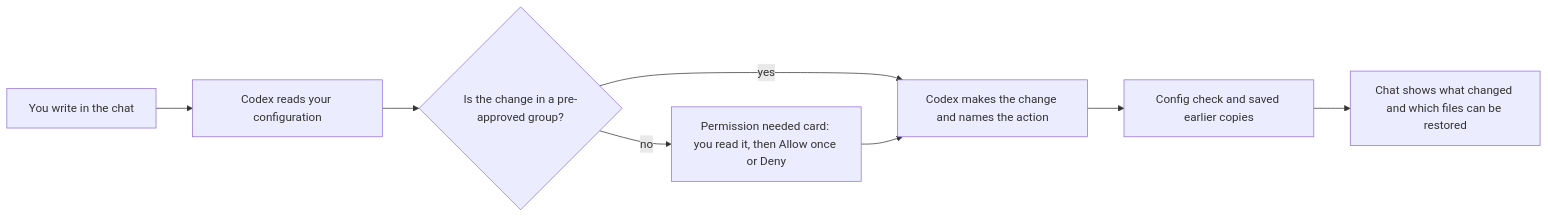
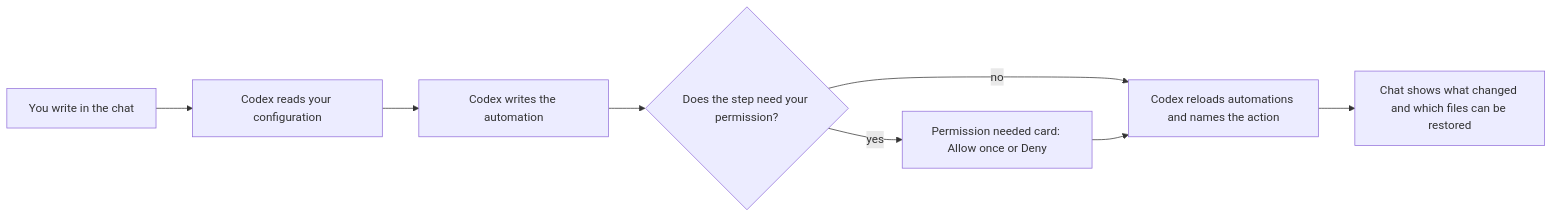
The diagram in README.md (fatherdoctor/ha_codex), drawn with Mermaid before and after one commit. The commit also changed other lines of this file, not shown here.

First line of the commit message:
README: carry the one-step install, put installation first, trim repeats

````diff
--- a/README.md
+++ b/README.md
@@ -85,10 +109,10 @@
 ```mermaid
 flowchart LR
     A[You write in the chat] --> B[Codex reads your configuration]
-    B --> C{Is the change in a pre-approved group?}
-    C -- yes --> D[Codex makes the change and names the action]
-    C -- no --> E[Permission needed card: you read it, then Allow once or Deny]
-    E --> D
-    D --> F[Config check and saved earlier copies]
-    F --> G[Chat shows what changed and which files can be restored]
+    B --> C[Codex writes the automation]
+    C --> D{Does the step need your permission?}
+    D -- no --> E[Codex reloads automations and names the action]
+    D -- yes --> F[Permission needed card: Allow once or Deny]
+    F --> E
+    E --> G[Chat shows what changed and which files can be restored]
 ```
````
